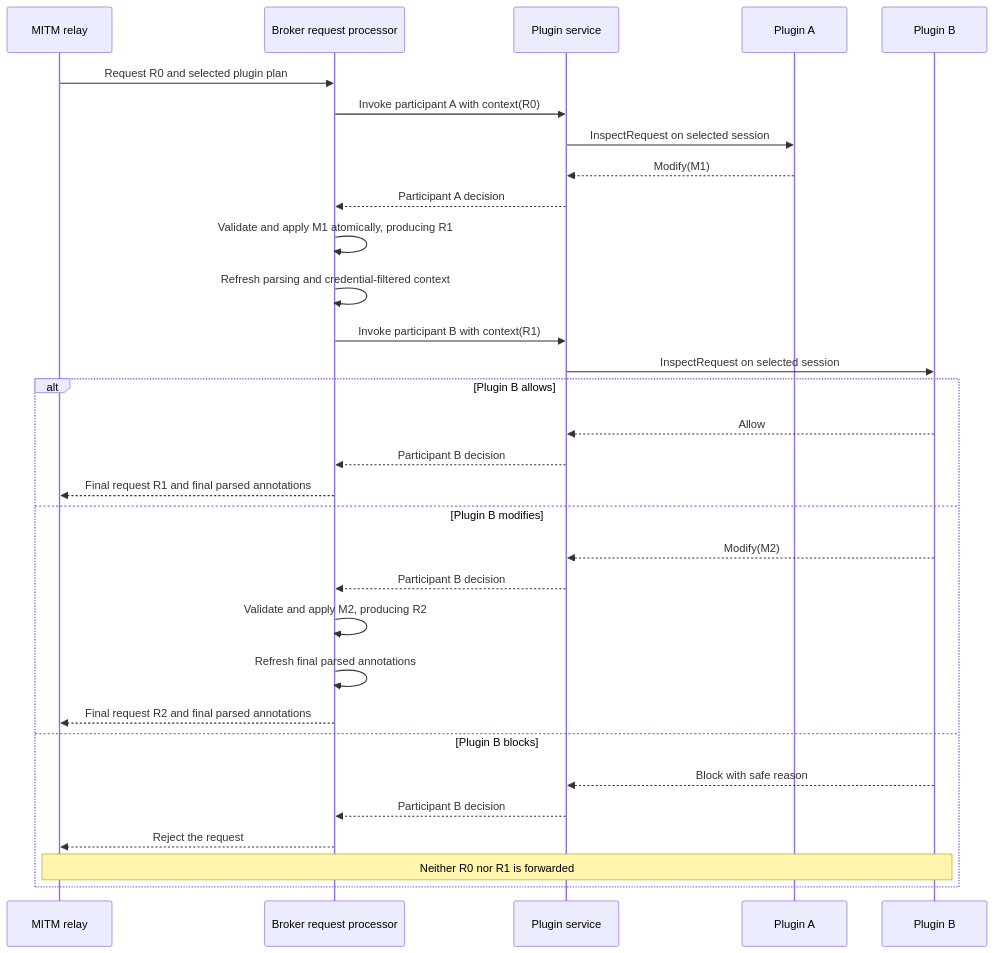
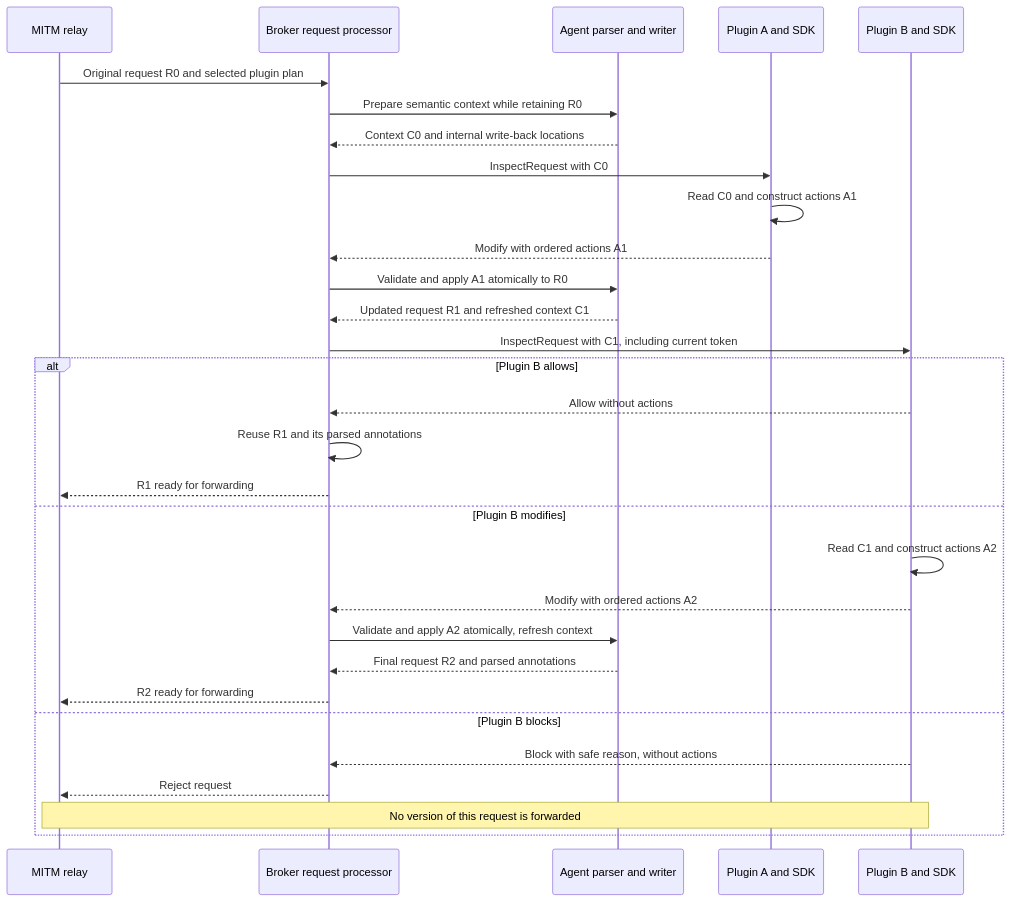
One commit to lexmount/abyss-rs changed the first of 3 diagrams in docs/request-mutation-design.md. Above: the diagram before and after it, drawn with Mermaid. The commit also changed other lines of this file and 1 other file, not shown here.

First line of the commit message:
docs: define semantic request modification actions

````diff
--- a/docs/request-mutation-design.md
+++ b/docs/request-mutation-design.md
@@ -189,33 +293,32 @@
 ```mermaid
 sequenceDiagram
     participant M as MITM relay
     participant B as Broker request processor
-    participant S as Plugin service
-    participant P1 as Plugin A
-    participant P2 as Plugin B
-    M->>B: Request R0 and selected plugin plan
-    B->>S: Invoke participant A with context(R0)
-    S->>P1: InspectRequest on selected session
-    P1-->>S: Modify(M1)
-    S-->>B: Participant A decision
-    B->>B: Validate and apply M1 atomically, producing R1
-    B->>B: Refresh parsing and credential-filtered context
-    B->>S: Invoke participant B with context(R1)
-    S->>P2: InspectRequest on selected session
+    participant C as Agent parser and writer
+    participant P1 as Plugin A and SDK
+    participant P2 as Plugin B and SDK
+    M->>B: Original request R0 and selected plugin plan
+    B->>C: Prepare semantic context while retaining R0
+    C-->>B: Context C0 and internal write-back locations
+    B->>P1: InspectRequest with C0
+    P1->>P1: Read C0 and construct actions A1
+    P1-->>B: Modify with ordered actions A1
+    B->>C: Validate and apply A1 atomically to R0
+    C-->>B: Updated request R1 and refreshed context C1
+    B->>P2: InspectRequest with C1, including current token
     alt Plugin B allows
-        P2-->>S: Allow
-        S-->>B: Participant B decision
-        B-->>M: Final request R1 and final parsed annotations
+        P2-->>B: Allow without actions
+        B->>B: Reuse R1 and its parsed annotations
+        B-->>M: R1 ready for forwarding
     else Plugin B modifies
-        P2-->>S: Modify(M2)
-        S-->>B: Participant B decision
-        B->>B: Validate and apply M2, producing R2
-        B->>B: Refresh final parsed annotations
-        B-->>M: Final request R2 and final parsed annotations
+        P2->>P2: Read C1 and construct actions A2
+        P2-->>B: Modify with ordered actions A2
+        B->>C: Validate and apply A2 atomically, refresh context
+        C-->>B: Final request R2 and parsed annotations
+        B-->>M: R2 ready for forwarding
     else Plugin B blocks
-        P2-->>S: Block with safe reason
-        S-->>B: Participant B decision
-        B-->>M: Reject the request
-        Note over M,P2: Neither R0 nor R1 is forwarded
+        P2-->>B: Block with safe reason, without actions
+        B-->>M: Reject request
+        Note over M,P2: No version of this request is forwarded
     end
 ```
````
